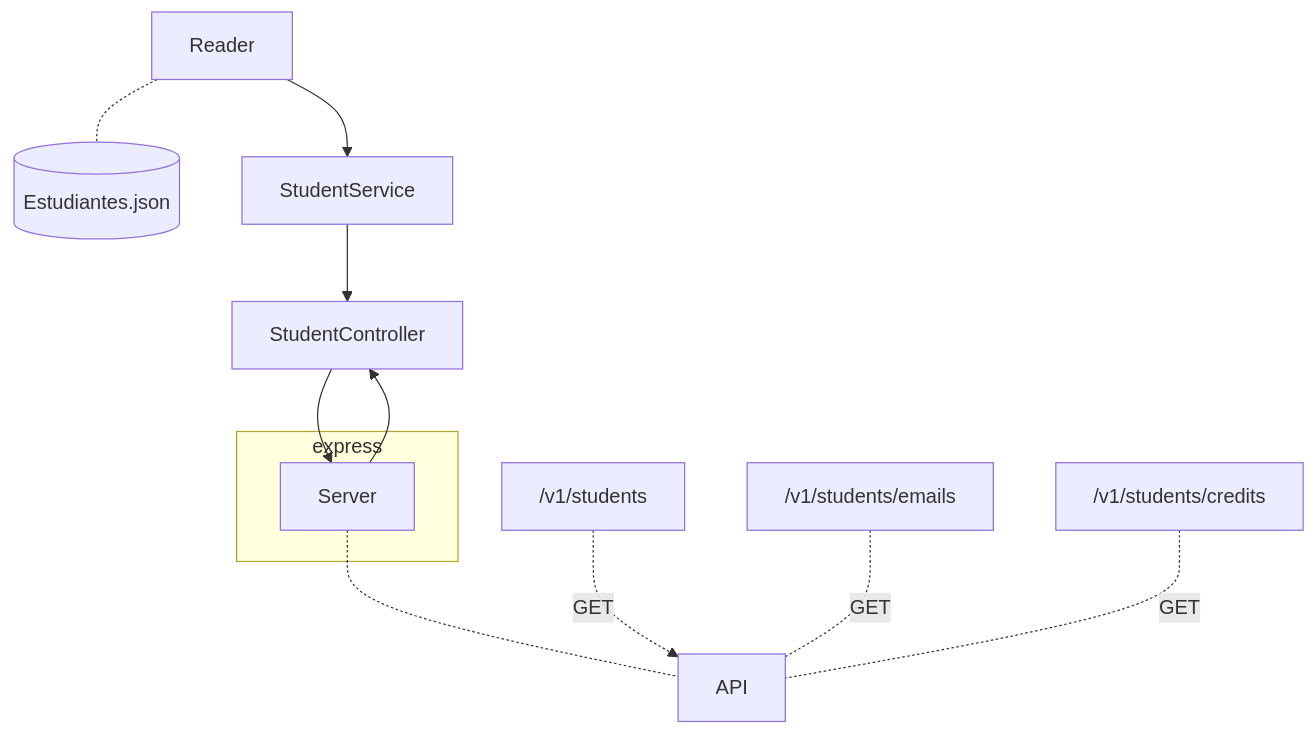
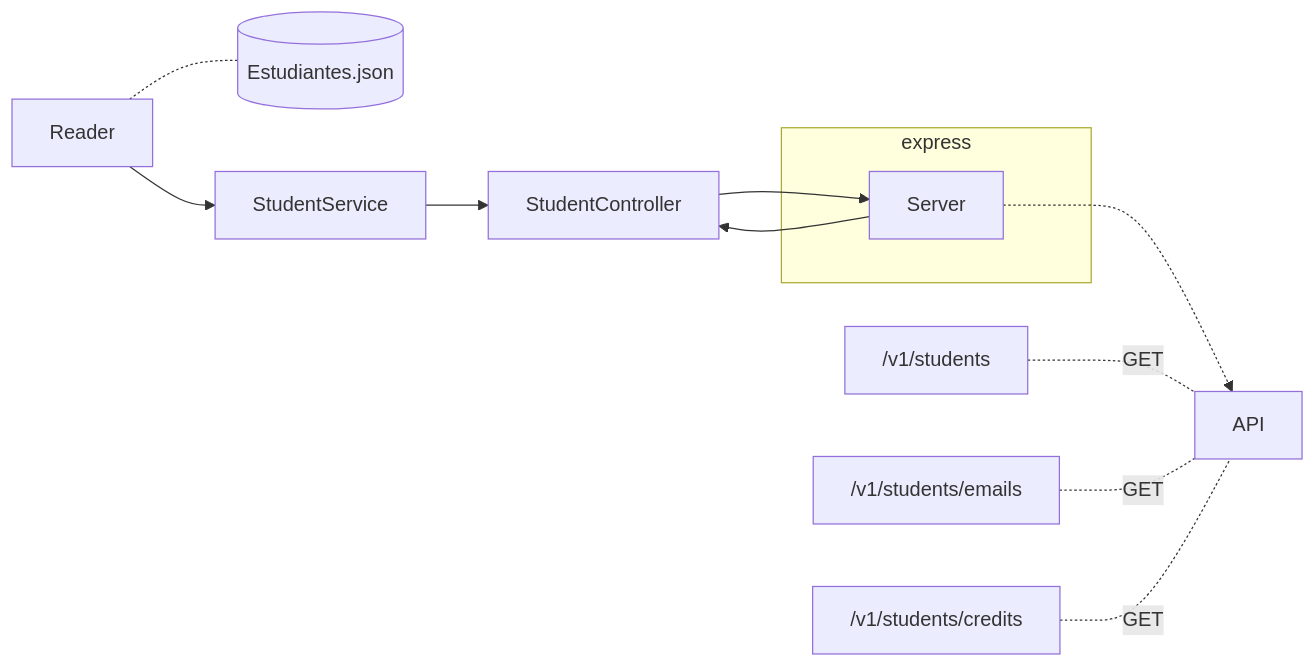
Before and after one commit to MagdielAndres/students: the diagram in readme.md, drawn with Mermaid.

Commit message:
Agreganod actualizacón en la parte del diseño

````diff
--- a/readme.md
+++ b/readme.md
@@ -98,17 +98,18 @@
 ```mermaid
 
-flowchart TB;
+flowchart LR;
     Reader -.- id1[(Estudiantes.json)];
     Reader --> StudentService;
     StudentService --> StudentController;
     StudentController --> Server
     Server --> StudentController
-    Server -.- API
-    /v1/students -.GET.-> API
+    Server -.-> API
+    /v1/students -.GET.- API
     /v1/students/emails -.GET.- API
     /v1/students/credits -.GET.- API
     subgraph express
     Server
     end
     
+    
 ```
````
